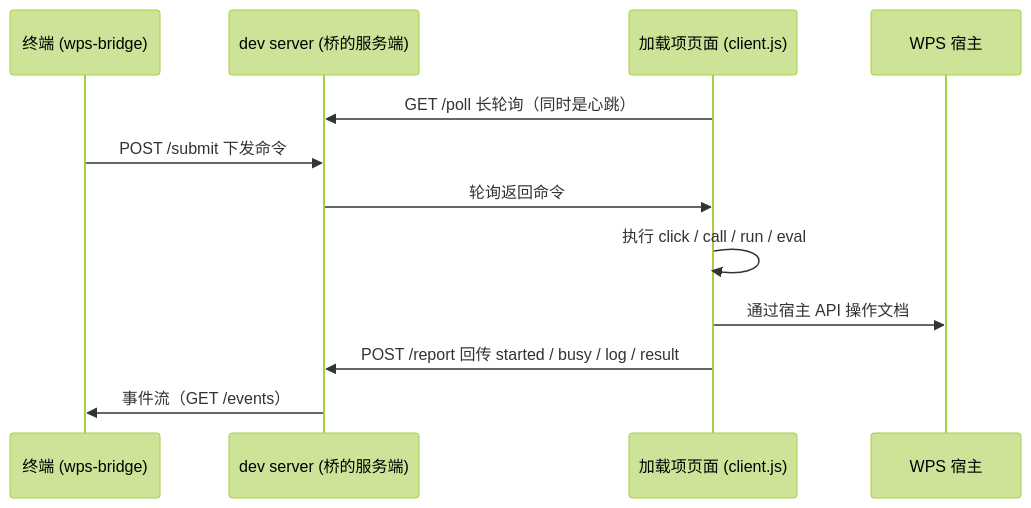
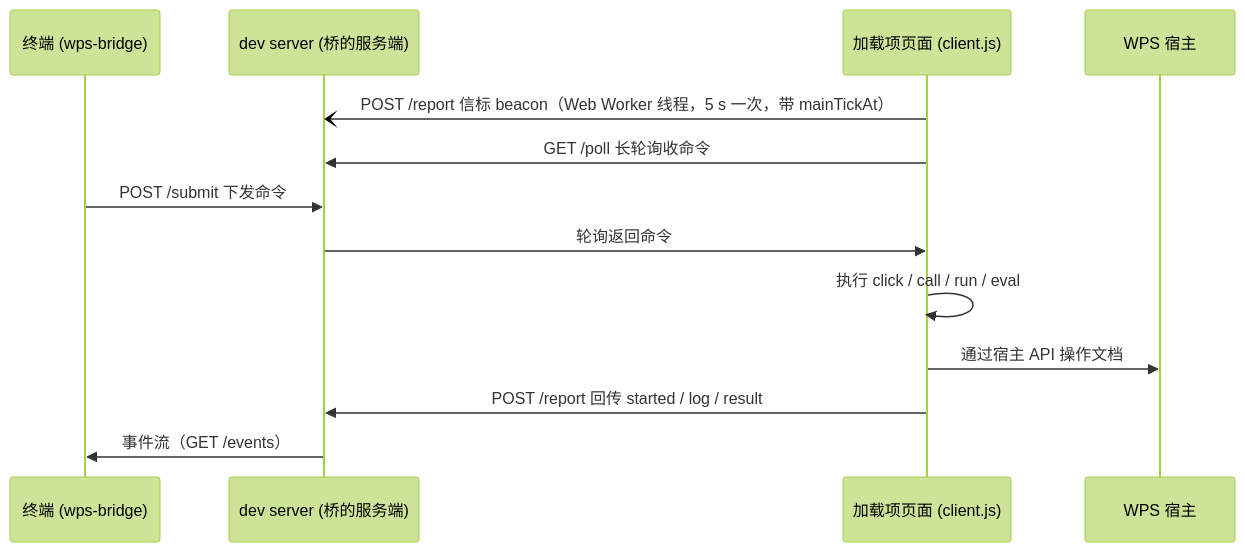
Before and after one commit to jiaojiaodubai/wps-js-addin-debug-bridge: the diagram in docs/development.md, drawn with Mermaid (forest theme). The commit also changed other lines of this file and 11 other files, not shown here.

````diff
--- a/docs/development.md
+++ b/docs/development.md
@@ -8,15 +8,16 @@
 ```mermaid
 sequenceDiagram
   participant T as 终端 (wps-bridge)
   participant D as dev server (桥的服务端)
   participant P as 加载项页面 (client.js)
   participant W as WPS 宿主
 
-  P->>D: GET /poll 长轮询（同时是心跳）
+  P-)D: POST /report 信标 beacon（Web Worker 线程，5 s 一次，带 mainTickAt）
+  P->>D: GET /poll 长轮询收命令
   T->>D: POST /submit 下发命令
   D->>P: 轮询返回命令
   P->>P: 执行 click / call / run / eval
   P->>W: 通过宿主 API 操作文档
-  P->>D: POST /report 回传 started / busy / log / result
+  P->>D: POST /report 回传 started / log / result
   D->>T: 事件流（GET /events）
 ```
````
